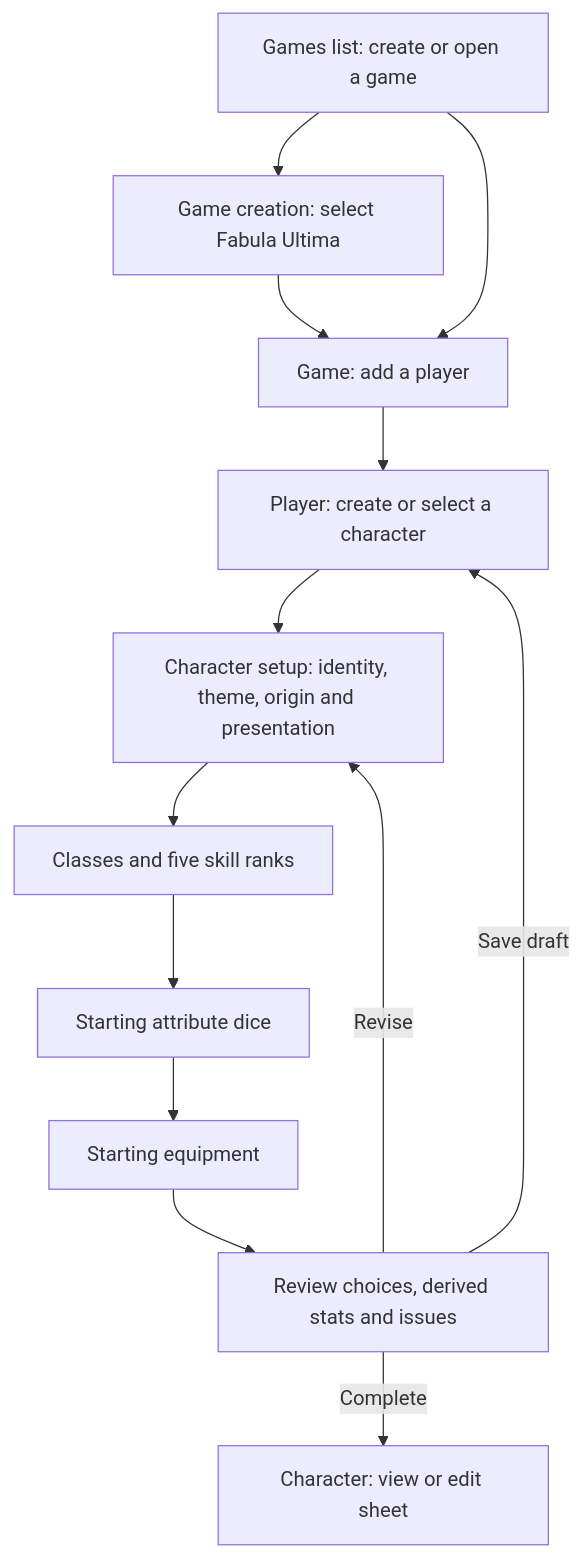
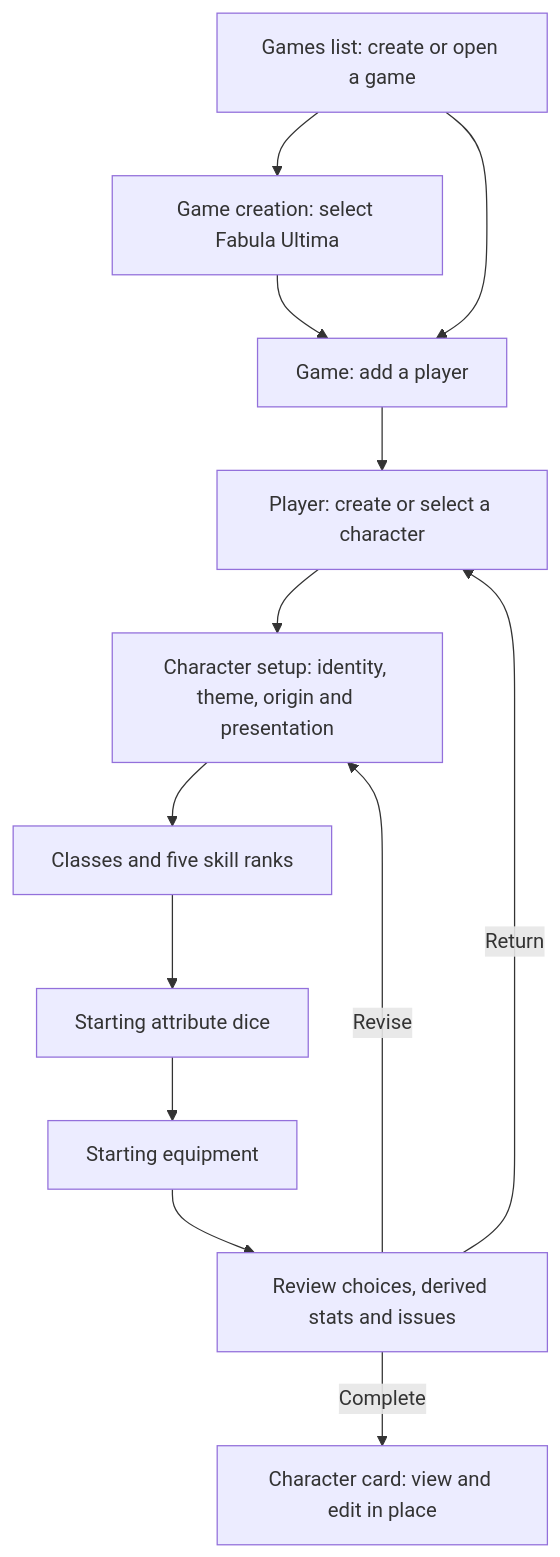
The diagram in docs/tasks/character-setup/ux.md (Mighty683/rpg-engine), drawn with Mermaid before and after one commit. The commit also changed other lines of this file and 28 other files, not shown here.

Commit message:
Add character sheet prototype and Fabula Ultima rules

````diff
--- a/docs/tasks/character-setup/ux.md
+++ b/docs/tasks/character-setup/ux.md
@@ -13,15 +13,15 @@
 ```mermaid
 flowchart TD
     A[Games list: create or open a game] --> B[Game creation: select Fabula Ultima]
     B --> C[Game: add a player]
     A --> C
     C --> D[Player: create or select a character]
     D --> E[Character setup: identity, theme, origin and presentation]
     E --> F[Classes and five skill ranks]
     F --> G[Starting attribute dice]
     G --> H[Starting equipment]
     H --> I[Review choices, derived stats and issues]
     I -->|Revise| E
-    I -->|Complete| J[Character: view or edit sheet]
-    I -->|Save draft| D
+    I -->|Complete| J[Character card: view and edit in place]
+    I -->|Return| D
 ```
````
